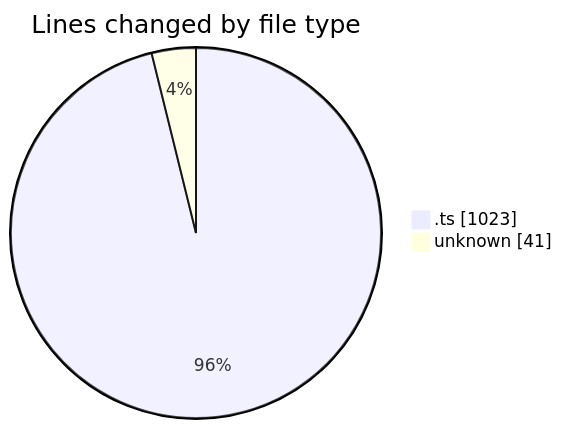
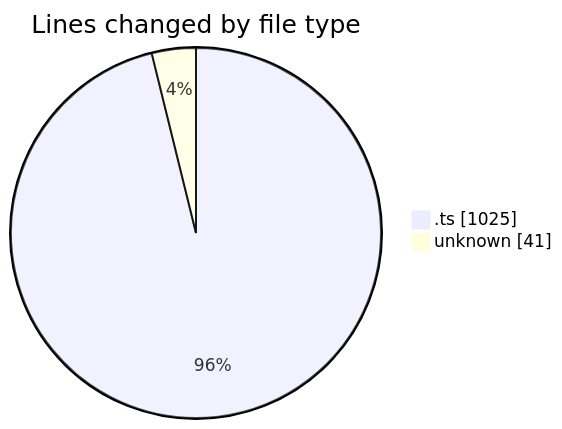
Before and after one commit to momahboobian/code-tracking: the first of 2 diagrams in 2025-08-18/cda/README.md, drawn with Mermaid. The commit also changed other lines of this file and 1 other file, not shown here.

````diff
--- a/2025-08-18/cda/README.md
+++ b/2025-08-18/cda/README.md
@@ -24,6 +24,6 @@
 ```mermaid
 pie showData
 title Lines changed by file type
-".ts" : 1023
+".ts" : 1025
 "unknown" : 41
 ```
````
